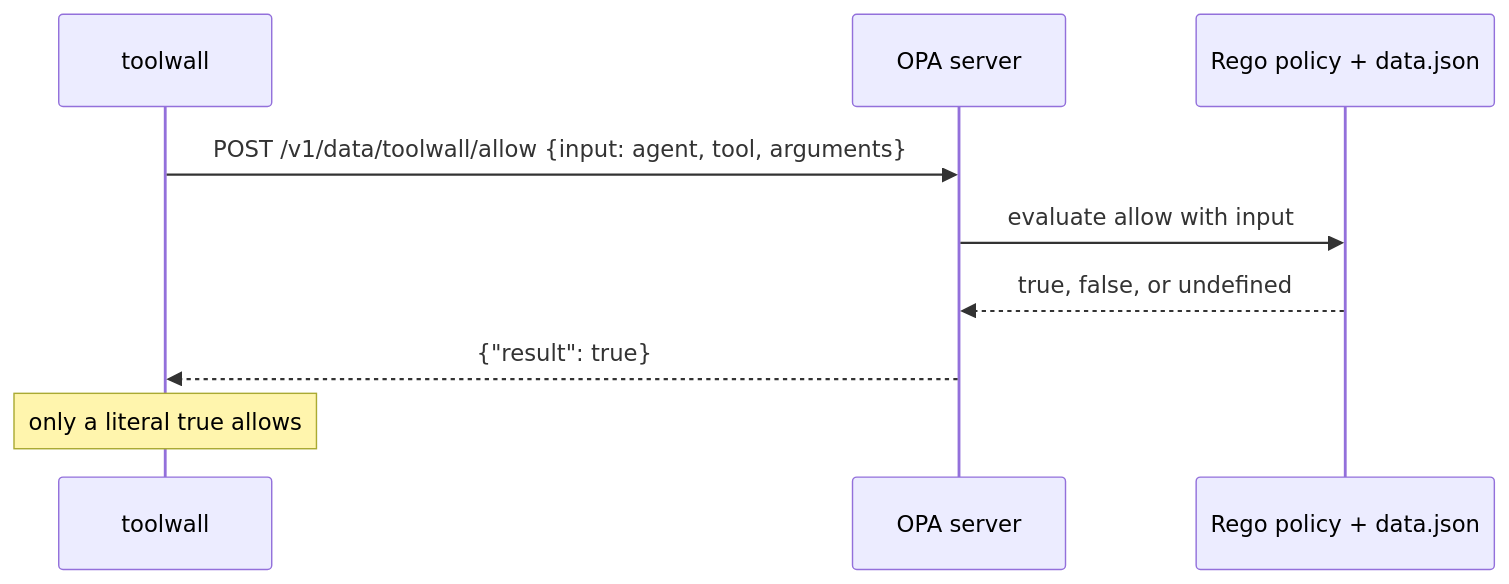
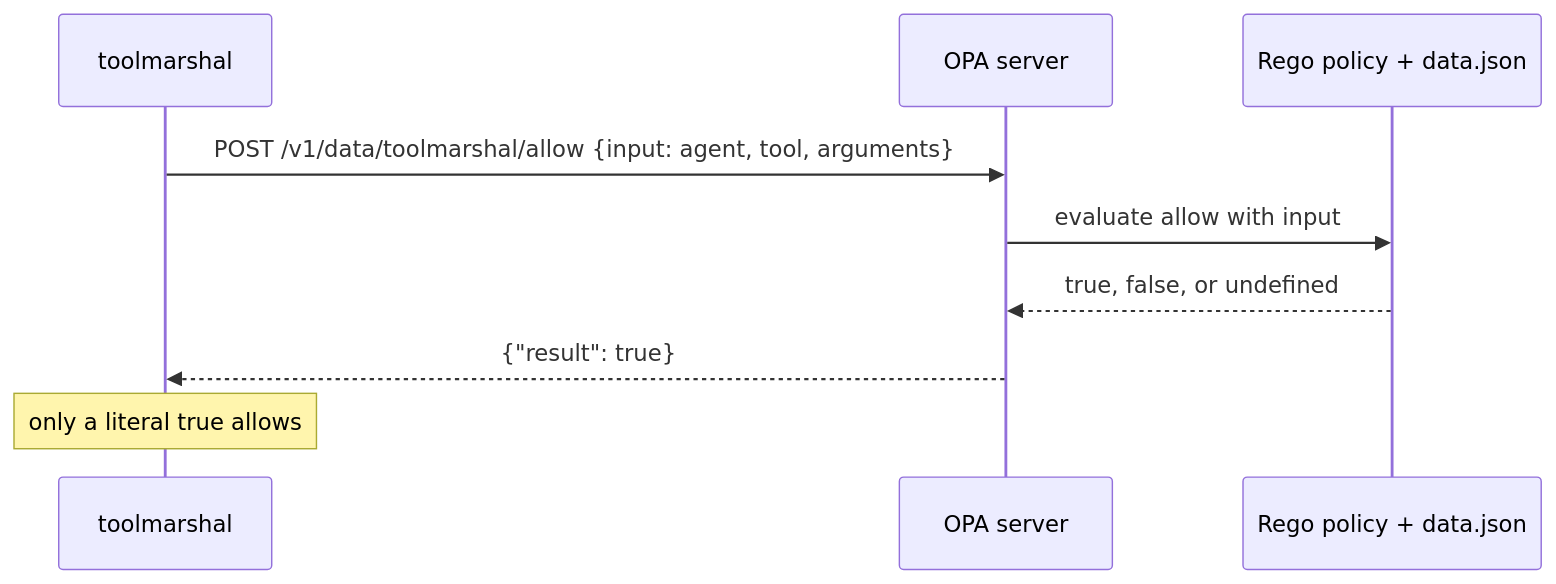
The first of 3 diagrams in learn/03-rego-basics.md (thirumal1206/toolmarshal), drawn with Mermaid before and after one commit. The commit also changed other lines of this file and 19 other files, not shown here.

````diff
--- a/learn/03-rego-basics.md
+++ b/learn/03-rego-basics.md
@@ -7,11 +7,11 @@
 ```mermaid
 sequenceDiagram
-    participant T as toolwall
+    participant T as toolmarshal
     participant O as OPA server
     participant P as Rego policy + data.json
-    T->>O: POST /v1/data/toolwall/allow {input: agent, tool, arguments}
+    T->>O: POST /v1/data/toolmarshal/allow {input: agent, tool, arguments}
     O->>P: evaluate allow with input
     P-->>O: true, false, or undefined
     O-->>T: {"result": true}
     Note over T: only a literal true allows
 ```
````
